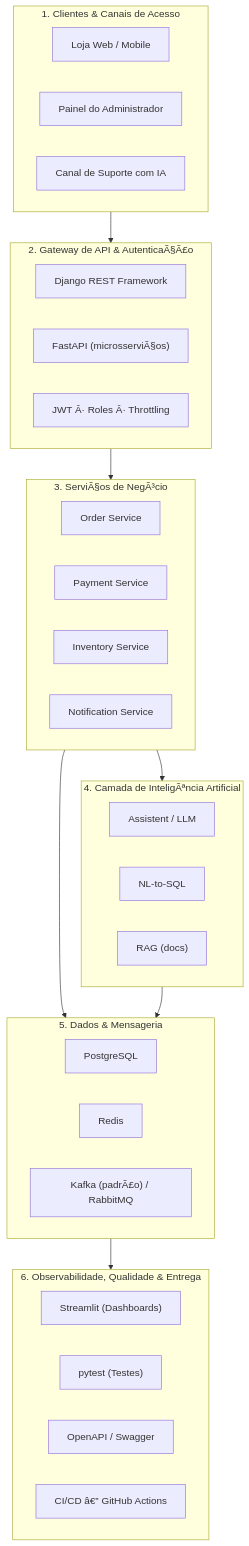
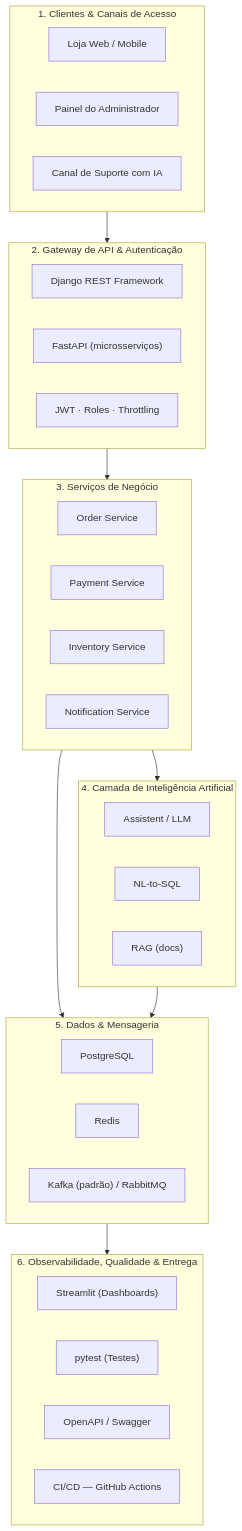
The diagram in README.md (caiobarbosadocenteprofissional/synapseshop), drawn with Mermaid before and after one commit. The commit also changed other lines of this file and 46 other files, not shown here.

````diff
--- a/README.md
+++ b/README.md
@@ -83,45 +83,45 @@
 ```mermaid
 flowchart TB
     subgraph C1["1. Clientes & Canais de Acesso"]
         A1["Loja Web / Mobile"]
         A2["Painel do Administrador"]
         A3["Canal de Suporte com IA"]
     end
 
-    subgraph C2["2. Gateway de API & AutenticaÃ§Ã£o"]
+    subgraph C2["2. Gateway de API & Autenticação"]
         B1["Django REST Framework"]
-        B2["FastAPI (microsserviÃ§os)"]
-        B3["JWT Â· Roles Â· Throttling"]
+        B2["FastAPI (microsserviços)"]
+        B3["JWT · Roles · Throttling"]
     end
 
-    subgraph C3["3. ServiÃ§os de NegÃ³cio"]
+    subgraph C3["3. Serviços de Negócio"]
         D1["Order Service"]
         D2["Payment Service"]
         D3["Inventory Service"]
         D4["Notification Service"]
     end
 
-    subgraph C4["4. Camada de InteligÃªncia Artificial"]
+    subgraph C4["4. Camada de Inteligência Artificial"]
         E1["Assistent / LLM"]
         E2["NL-to-SQL"]
         E3["RAG (docs)"]
     end
 
     subgraph C5["5. Dados & Mensageria"]
         F1["PostgreSQL"]
         F2["Redis"]
-        F3["Kafka (padrÃ£o) / RabbitMQ"]
+        F3["Kafka (padrão) / RabbitMQ"]
     end
 
     subgraph C6["6. Observabilidade, Qualidade & Entrega"]
         G1["Streamlit (Dashboards)"]
         G2["pytest (Testes)"]
         G3["OpenAPI / Swagger"]
-        G4["CI/CD â€” GitHub Actions"]
+        G4["CI/CD — GitHub Actions"]
     end
 
     C1 --> C2 --> C3 --> C4
     C3 --> C5
     C4 --> C5
     C5 --> C6
 ```
````
